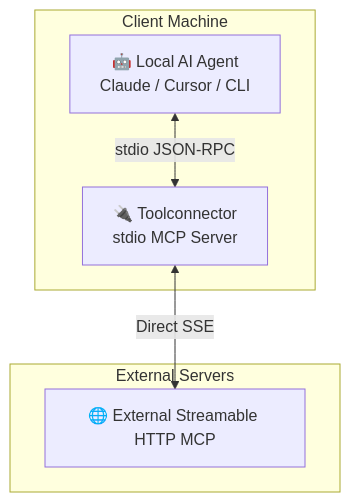
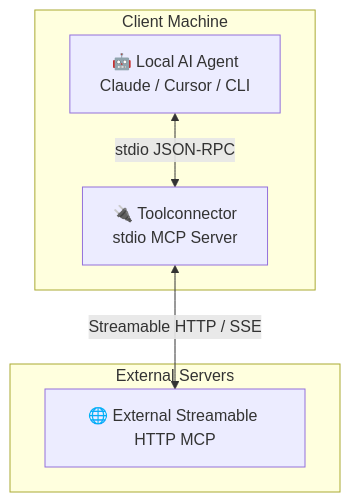
One commit to toolrator/Toolrator changed the first of 2 diagrams in packages/toolconnector/README.md. Above: the diagram before and after it, drawn with Mermaid. The commit also changed other lines of this file and 36 other files, not shown here.

````diff
--- a/packages/toolconnector/README.md
+++ b/packages/toolconnector/README.md
@@ -50,11 +48,11 @@
 ```mermaid
 graph TD
     subgraph Local [Client Machine]
         Agent[🤖 Local AI Agent <br/> Claude / Cursor / CLI]
         Agent <-->|stdio JSON-RPC| TC[🔌 Toolconnector <br/> stdio MCP Server]
     end
     
     subgraph Execution [External Servers]
-        TC <-->|Direct SSE| ExtHTTP[🌐 External Streamable HTTP MCP]
+        TC <-->|Streamable HTTP / SSE| ExtHTTP[🌐 External Streamable HTTP MCP]
     end
 ```
````
